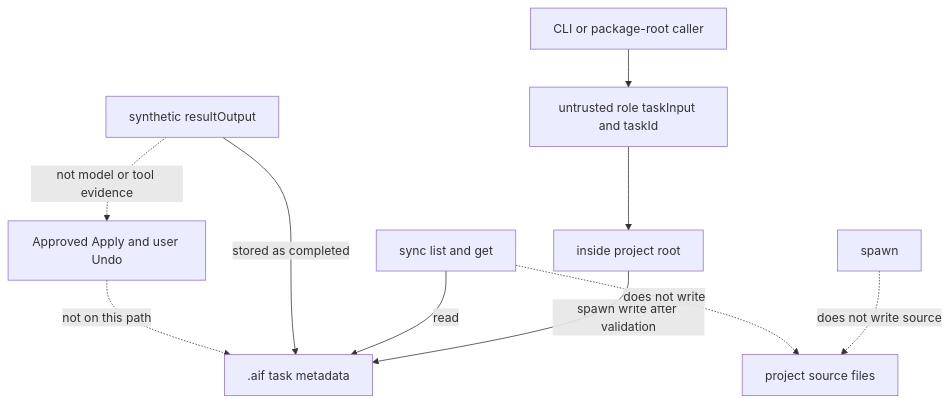
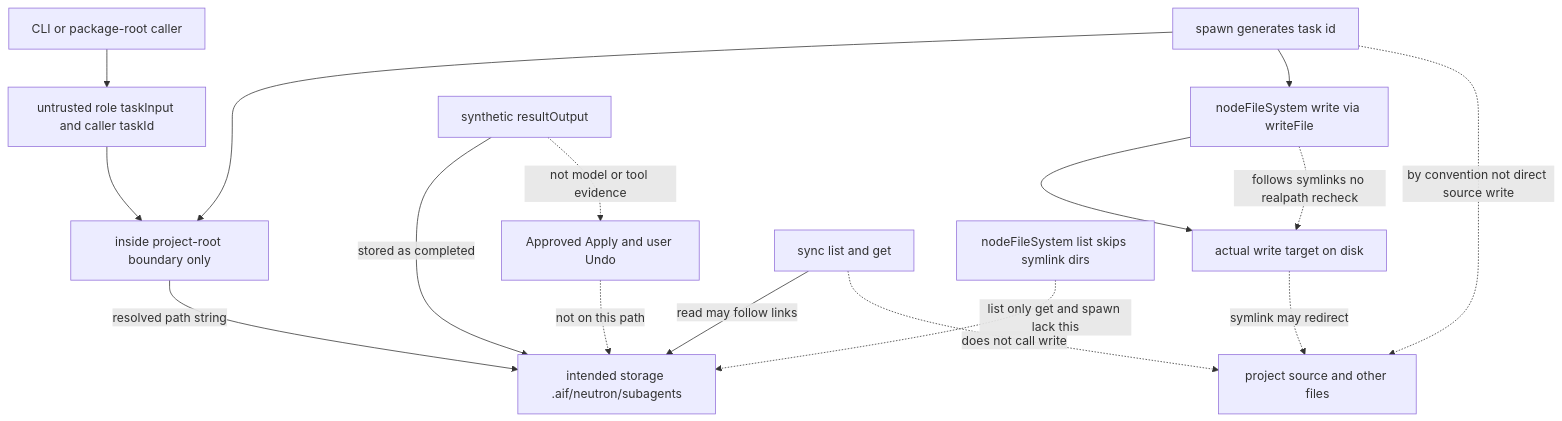
The diagram in docs/designs/p1j-legacy-neutron-helpers/trust-boundaries.mmd (vitala89/Intentloom), drawn with Mermaid before and after one commit. The commit also changed 4 other files, not shown here.

```diff
--- a/docs/designs/p1j-legacy-neutron-helpers/trust-boundaries.mmd
+++ b/docs/designs/p1j-legacy-neutron-helpers/trust-boundaries.mmd
@@ -1,19 +1,28 @@
 flowchart TB
   caller["CLI or package-root caller"]
-  input["untrusted role taskInput and taskId"]
-  insideFn["inside project root"]
-  meta[".aif task metadata"]
-  source["project source files"]
+  input["untrusted role taskInput and caller taskId"]
+  insideFn["inside project-root boundary only"]
+  intended["intended storage .aif/neutron/subagents"]
+  fsWrite["nodeFileSystem write via writeFile"]
+  actual["actual write target on disk"]
+  source["project source and other files"]
   synthetic["synthetic resultOutput"]
   modern["Approved Apply and user Undo"]
   sync["sync list and get"]
+  listWalk["nodeFileSystem list skips symlink dirs"]
 
   caller --> input
   input --> insideFn
-  insideFn -->|"spawn write after validation"| meta
-  sync -->|"read"| meta
-  synthetic -->|"stored as completed"| meta
-  spawn["spawn"] -.->|"does not write source"| source
-  sync -.->|"does not write"| source
-  modern -.->|"not on this path"| meta
+  spawn["spawn generates task id"] --> insideFn
+  insideFn -->|"resolved path string"| intended
+  spawn --> fsWrite
+  fsWrite --> actual
+  fsWrite -.->|"follows symlinks no realpath recheck"| actual
+  actual -.->|"symlink may redirect"| source
+  sync -->|"read may follow links"| intended
+  listWalk -.->|"list only get and spawn lack this"| intended
+  synthetic -->|"stored as completed"| intended
+  spawn -.->|"by convention not direct source write"| source
+  sync -.->|"does not call write"| source
+  modern -.->|"not on this path"| intended
   synthetic -.->|"not model or tool evidence"| modern
```
